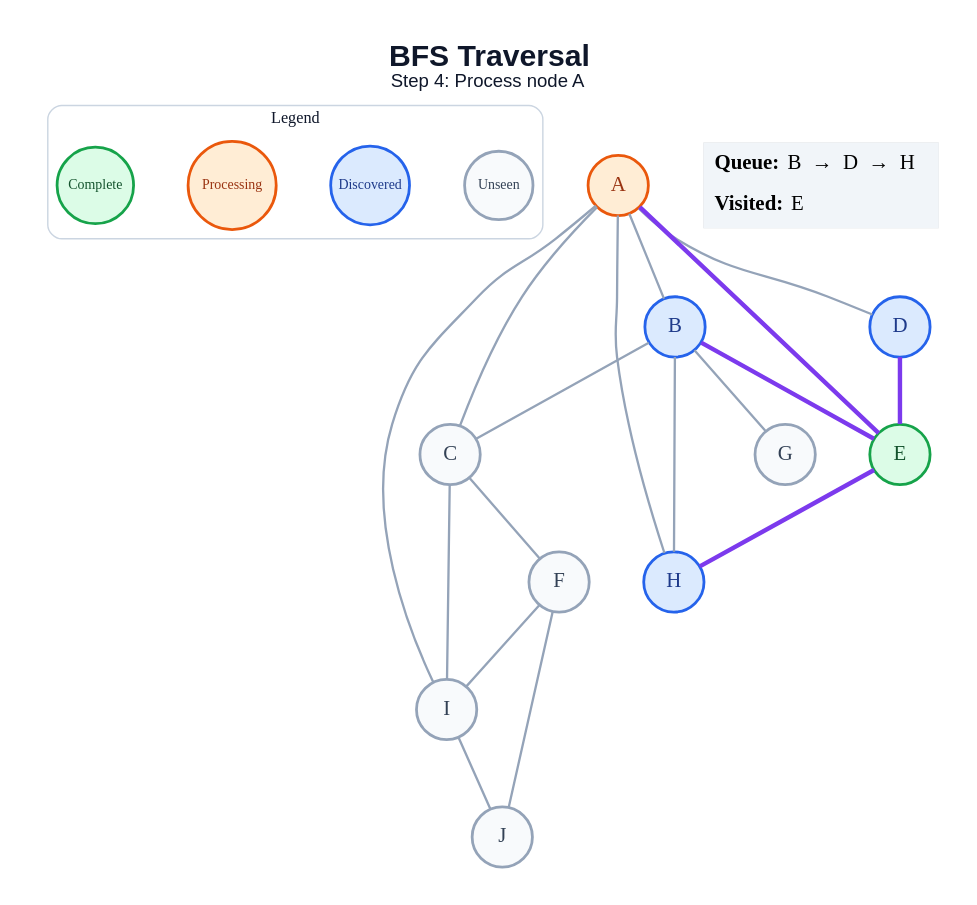
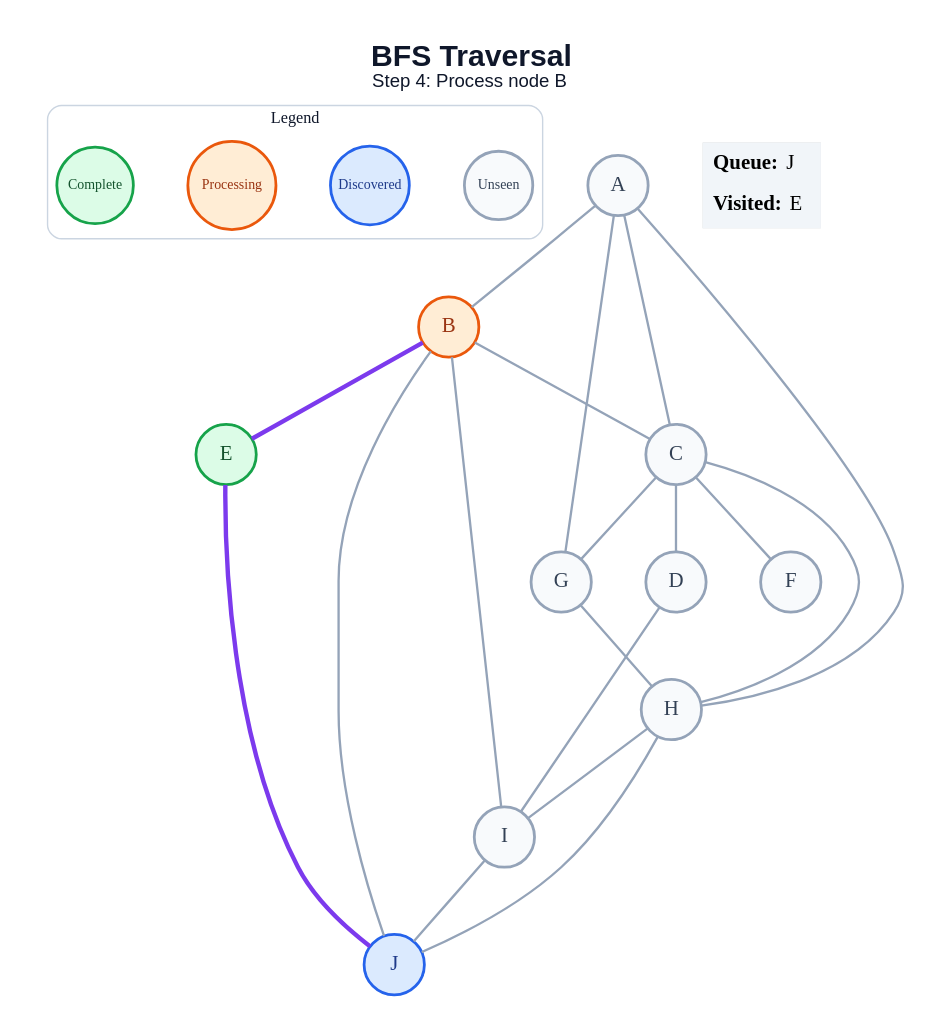
Before and after one commit to amanghodawala9/ai-slop: the diagram in generated/specific-node/bfs/step_04.dot, drawn with Graphviz. The commit also changed 178 other files, not shown here.

```diff
--- a/generated/specific-node/bfs/step_04.dot
+++ b/generated/specific-node/bfs/step_04.dot
@@ -1,46 +1,47 @@
 graph traversal {
   graph [layout=dot, rankdir=TB, bgcolor="#FFFFFF", pad="0.35", nodesep="0.65", ranksep="0.8", fontname="Arial"];
   node [shape=circle, style="filled", fontname="Arial Bold", fontsize=18, width=0.72, fixedsize=true, penwidth=2.4];
   edge [color="#94A3B8", penwidth=2.0];
-  label=<<B>BFS Traversal</B><BR/><FONT POINT-SIZE="16">Step 4: Process node A</FONT>>; labelloc="t"; fontsize=26; fontname="Arial"; fontcolor="#0F172A";
+  label=<<B>BFS Traversal</B><BR/><FONT POINT-SIZE="16">Step 4: Process node B</FONT>>; labelloc="t"; fontsize=26; fontname="Arial"; fontcolor="#0F172A";
   subgraph cluster_legend { label="Legend"; color="#CBD5E1"; penwidth=1.2; style="rounded"; fontsize=14; fontname="Arial Bold";
     key_unseen [label="Unseen", fillcolor="#F8FAFC", color="#94A3B8", fontcolor="#334155", fontsize=12, width=0.82];
     key_frontier [label="Discovered", fillcolor="#DBEAFE", color="#2563EB", fontcolor="#1E3A8A", fontsize=12, width=0.95];
     key_current [label="Processing", fillcolor="#FFEDD5", color="#EA580C", fontcolor="#9A3412", fontsize=12, width=1.05];
     key_done [label="Complete", fillcolor="#DCFCE7", color="#16A34A", fontcolor="#14532D", fontsize=12, width=0.92];
     { rank=same; key_unseen; key_frontier; key_current; key_done; }
   }
-  A [fillcolor="#FFEDD5", color="#EA580C", fontcolor="#9A3412"];
-  B [fillcolor="#DBEAFE", color="#2563EB", fontcolor="#1E3A8A"];
+  A [fillcolor="#F8FAFC", color="#94A3B8", fontcolor="#334155"];
+  B [fillcolor="#FFEDD5", color="#EA580C", fontcolor="#9A3412"];
   C [fillcolor="#F8FAFC", color="#94A3B8", fontcolor="#334155"];
-  D [fillcolor="#DBEAFE", color="#2563EB", fontcolor="#1E3A8A"];
+  D [fillcolor="#F8FAFC", color="#94A3B8", fontcolor="#334155"];
   E [fillcolor="#DCFCE7", color="#16A34A", fontcolor="#14532D"];
   F [fillcolor="#F8FAFC", color="#94A3B8", fontcolor="#334155"];
   G [fillcolor="#F8FAFC", color="#94A3B8", fontcolor="#334155"];
-  H [fillcolor="#DBEAFE", color="#2563EB", fontcolor="#1E3A8A"];
+  H [fillcolor="#F8FAFC", color="#94A3B8", fontcolor="#334155"];
   I [fillcolor="#F8FAFC", color="#94A3B8", fontcolor="#334155"];
-  J [fillcolor="#F8FAFC", color="#94A3B8", fontcolor="#334155"];
+  J [fillcolor="#DBEAFE", color="#2563EB", fontcolor="#1E3A8A"];
   A -- B;
   A -- C;
-  A -- D;
-  A -- E [color="#7C3AED", penwidth=3.8];
+  A -- G;
   A -- H;
-  A -- I;
   B -- C;
   B -- E [color="#7C3AED", penwidth=3.8];
-  B -- G;
-  B -- H;
+  B -- I;
+  B -- J;
+  C -- D;
   C -- F;
-  C -- I;
-  D -- E [color="#7C3AED", penwidth=3.8];
-  E -- H [color="#7C3AED", penwidth=3.8];
-  F -- I;
-  F -- J;
+  C -- G;
+  C -- H;
+  D -- I;
+  E -- J [color="#7C3AED", penwidth=3.8];
+  G -- H;
+  H -- I;
+  H -- J;
   I -- J;
   status [shape=plain, fixedsize=false, width=0, height=0, margin=0, label=<
     <TABLE BORDER="0" CELLBORDER="0" CELLPADDING="7" BGCOLOR="#F1F5F9">
-      <TR><TD ALIGN="LEFT"><B>Queue:</B> B  →  D  →  H</TD></TR>
+      <TR><TD ALIGN="LEFT"><B>Queue:</B> J</TD></TR>
       <TR><TD ALIGN="LEFT"><B>Visited:</B> E</TD></TR>
     </TABLE>
   >];
 }
```
